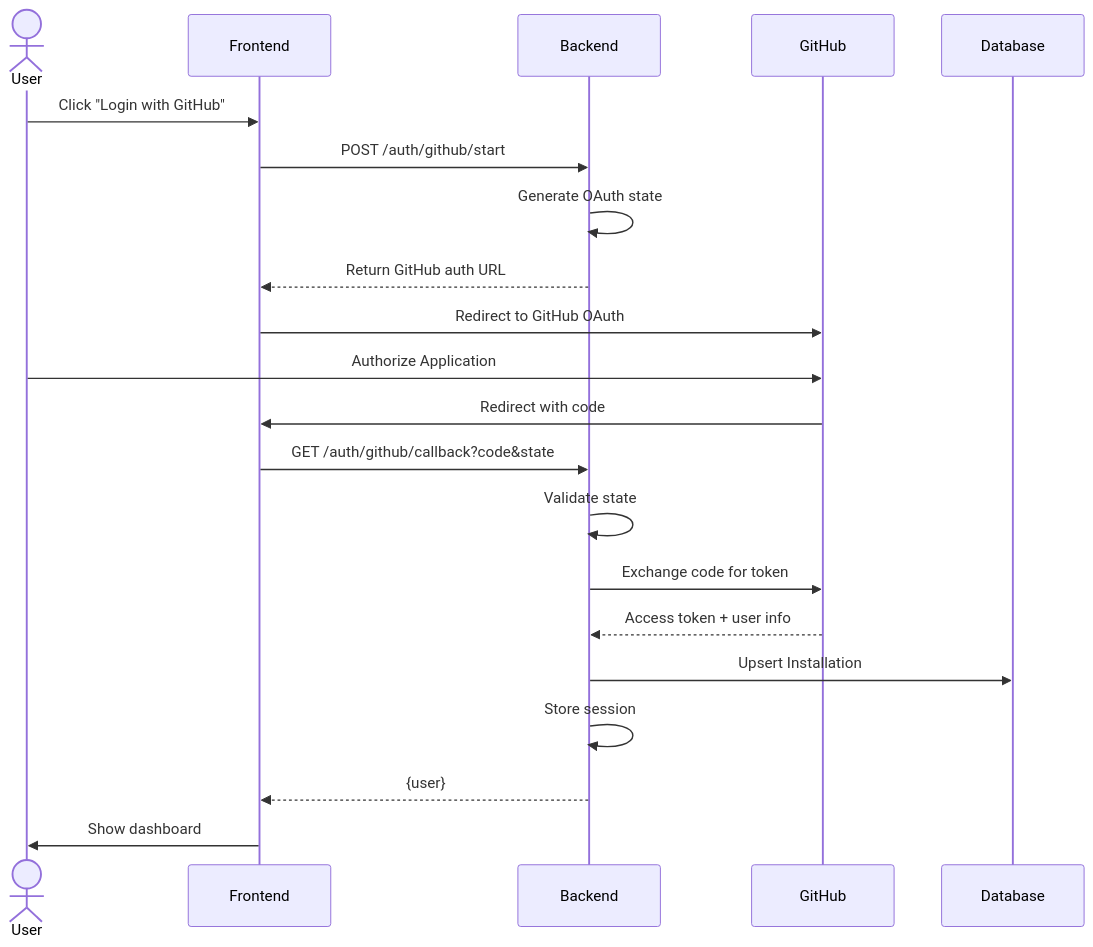
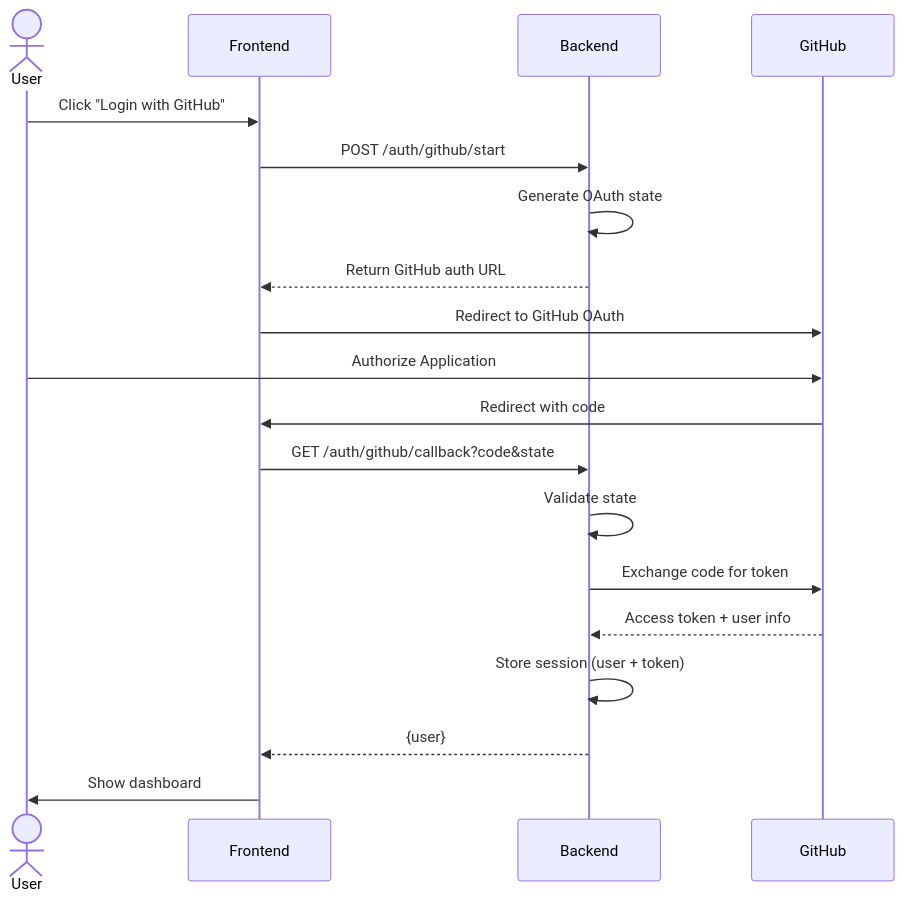
The third of 8 diagrams in README.md (luanpontolio/ai-coverage-improver), drawn with Mermaid before and after one commit. The commit also changed other lines of this file and 8 other files, not shown here.

````diff
--- a/README.md
+++ b/README.md
@@ -151,25 +154,23 @@
 ```mermaid
 sequenceDiagram
     actor User
     participant Frontend
     participant Backend
     participant GitHub
-    participant Database
 
     User->>Frontend: Click "Login with GitHub"
     Frontend->>Backend: POST /auth/github/start
     Backend->>Backend: Generate OAuth state
     Backend-->>Frontend: Return GitHub auth URL
     Frontend->>GitHub: Redirect to GitHub OAuth
     
     User->>GitHub: Authorize Application
     GitHub->>Frontend: Redirect with code
     Frontend->>Backend: GET /auth/github/callback?code&state
     Backend->>Backend: Validate state
     Backend->>GitHub: Exchange code for token
     GitHub-->>Backend: Access token + user info
-    Backend->>Database: Upsert Installation
-    Backend->>Backend: Store session
+    Backend->>Backend: Store session (user + token)
     Backend-->>Frontend: {user}
     Frontend->>User: Show dashboard
 ```
````
